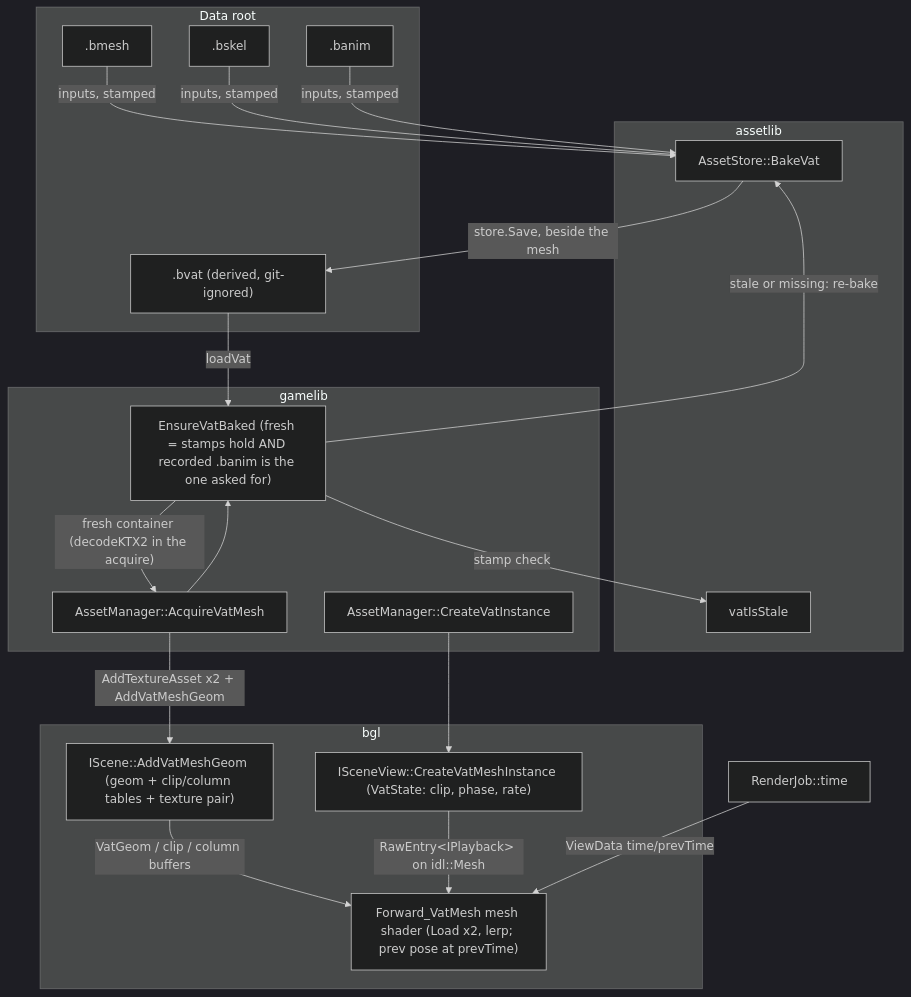
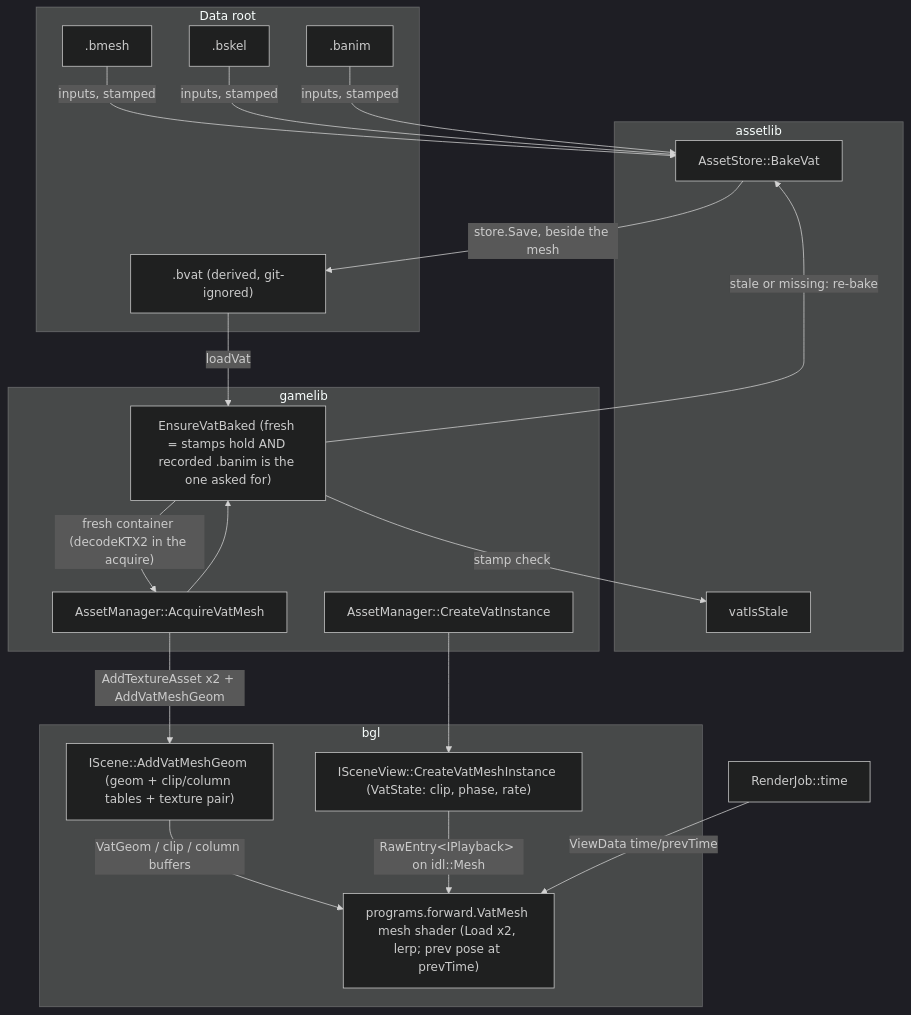
Before and after one commit to alexjiang200407/bernini: the diagram in docs/vat.md, drawn with Mermaid (dark theme). The commit also changed other lines of this file and 146 other files, not shown here.

````diff
--- a/docs/vat.md
+++ b/docs/vat.md
@@ -161,39 +161,39 @@
 ```mermaid
 flowchart TD
     subgraph disk [Data root]
         BMESH[.bmesh]
         BSKEL[.bskel]
         BANIM[.banim]
         BVAT[".bvat (derived, git-ignored)"]
     end
 
     subgraph assetlib
         BAKE[AssetStore::BakeVat]
         STALE[vatIsStale]
     end
 
     subgraph gamelib
         ACQ[AssetManager::AcquireVatMesh]
         ENSURE["EnsureVatBaked (fresh = stamps hold AND recorded .banim is the one asked for)"]
         INST[AssetManager::CreateVatInstance]
     end
 
     subgraph bgl
         SCENE["IScene::AddVatMeshGeom (geom + clip/column tables + texture pair)"]
         VIEW["ISceneView::CreateVatMeshInstance (VatState: clip, phase, rate)"]
-        MS["Forward_VatMesh mesh shader (Load x2, lerp; prev pose at prevTime)"]
+        MS["programs.forward.VatMesh mesh shader (Load x2, lerp; prev pose at prevTime)"]
     end
 
     BMESH & BSKEL & BANIM -- "inputs, stamped" --> BAKE
     BAKE -- "store.Save, beside the mesh" --> BVAT
     ACQ --> ENSURE
     ENSURE -- "stamp check" --> STALE
     ENSURE -- "stale or missing: re-bake" --> BAKE
     BVAT -- "loadVat" --> ENSURE
     ENSURE -- "fresh container (decodeKTX2 in the acquire)" --> ACQ
     ACQ -- "AddTextureAsset x2 + AddVatMeshGeom" --> SCENE
     INST --> VIEW
     SCENE -- "VatGeom / clip / column buffers" --> MS
     VIEW -- "RawEntry&lt;IPlayback&gt; on idl::Mesh" --> MS
     CLOCK["RenderJob::time"] -- "ViewData time/prevTime" --> MS
 ```
````
